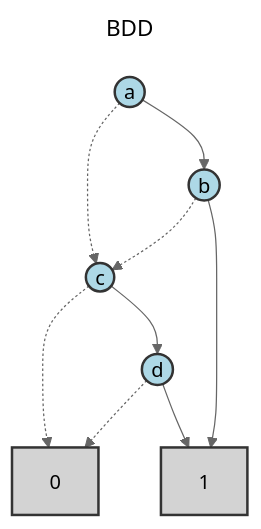
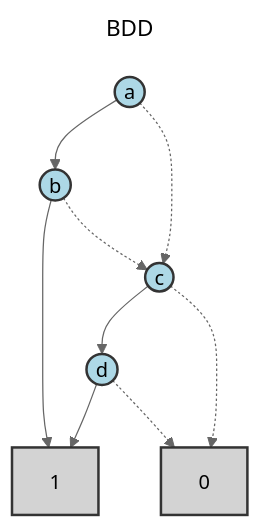
The second of 2 diagrams in test_expressions/reference_output/simple_expression_analysis.md (Alan-Jowett/bdd_test), drawn with Mermaid (neutral theme) before and after one commit. The commit also changed other lines of this file and 150 other files, not shown here.

First line of the commit message:
More dag graph cleanup (#65)

````diff
--- a/test_expressions/reference_output/simple_expression_analysis.md
+++ b/test_expressions/reference_output/simple_expression_analysis.md
@@ -52,31 +52,31 @@
 ```mermaid
 ---
 title: BDD
 ---
 flowchart TD
     N0["0"]
     N1["1"]
     N2(("d"))
     N3(("c"))
     N4(("b"))
     N5(("a"))
 
+    N2 --> N1
     N2 -.-> N0
-    N2 --> N1
+    N3 --> N2
     N3 -.-> N0
-    N3 --> N2
+    N4 --> N1
     N4 -.-> N3
-    N4 --> N1
+    N5 --> N4
     N5 -.-> N3
-    N5 --> N4
 
     class N0 terminal
     class N1 terminal
     class N2 bddVariable
     class N3 bddVariable
     class N4 bddVariable
     class N5 bddVariable
 
     classDef bddVariable fill:lightblue,stroke:#333,stroke-width:2px,color:#000
     classDef terminal fill:lightgray,stroke:#333,stroke-width:2px,color:#000
 ```
````
